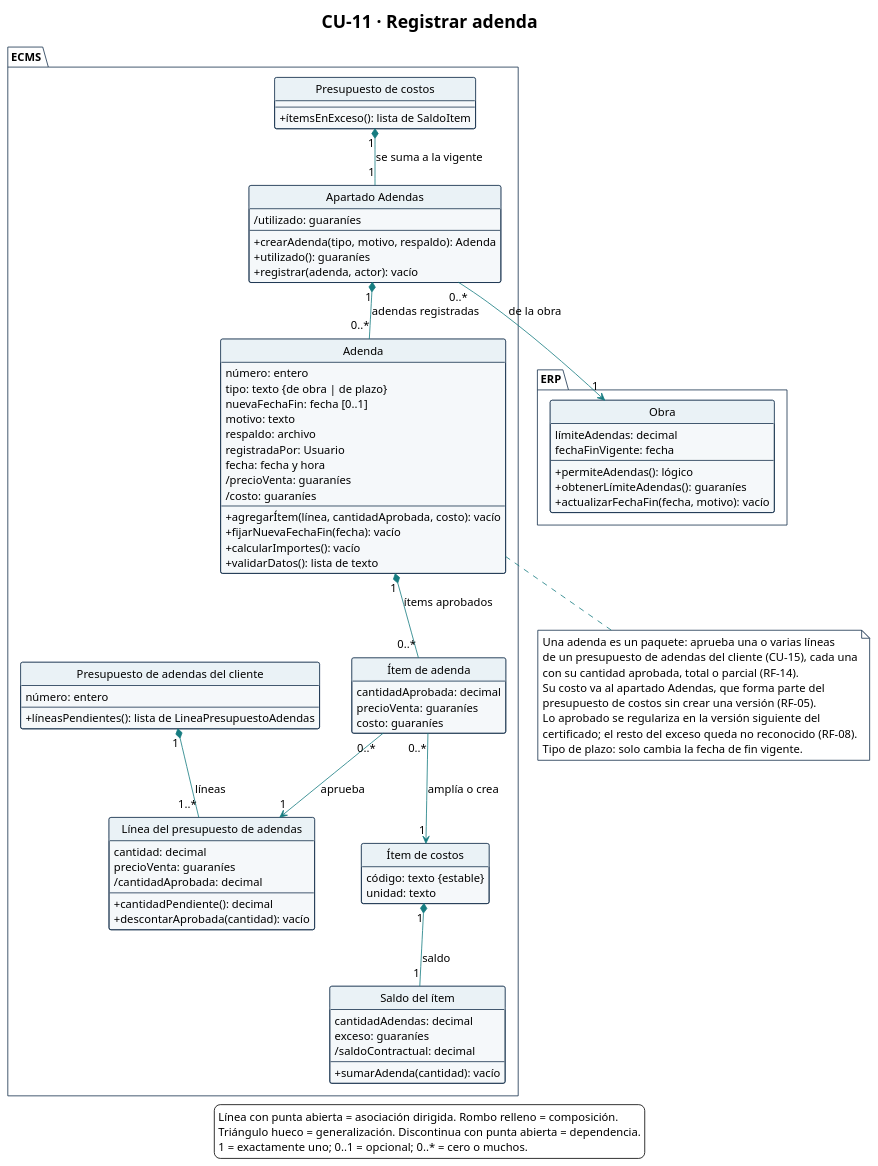
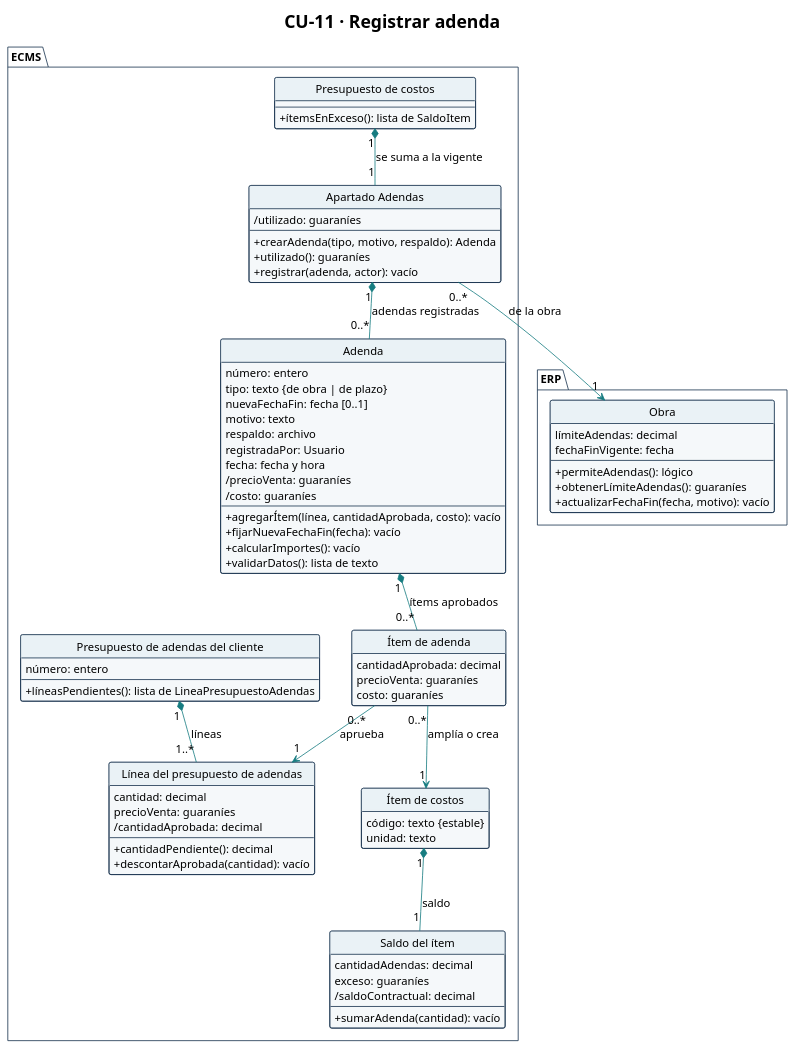
The diagram in diagramas/CU-11-clases.puml (Ssrrb/tpf-uca), drawn with PlantUML before and after one commit. The commit also changed 22 other files, not shown here.

```diff
--- a/diagramas/CU-11-clases.puml
+++ b/diagramas/CU-11-clases.puml
@@ -1,130 +1,114 @@
 @startuml
 !theme plain
 skinparam style strictuml
 title CU-11 · Registrar adenda
 hide circle
 hide empty methods
 hide empty fields
 skinparam shadowing false
 skinparam classAttributeIconSize 0
 skinparam defaultFontName Arial
 skinparam defaultFontSize 14
 skinparam nodesep 40
 skinparam ranksep 50
 skinparam ArrowColor #167C80
 skinparam class {
   BackgroundColor #F5F8FA
   BorderColor #17324D
   HeaderBackgroundColor #EAF2F6
 }
 skinparam package {
   BackgroundColor #FFFFFF
   BorderColor #17324D
 }
 skinparam note {
   BackgroundColor #FFFFFF
   BorderColor #17324D
 }
 package "ECMS" {
   class "Presupuesto de costos" as PresupuestoCostos {
     --
     + ítemsEnExceso(): lista de SaldoItem
   }
 
   class "Apartado Adendas" as ApartadoAdendas {
     /utilizado: guaraníes
     --
     + crearAdenda(tipo, motivo, respaldo): Adenda
     + utilizado(): guaraníes
     + registrar(adenda, actor): vacío
   }
 
   class Adenda {
     número: entero
     tipo: texto {de obra | de plazo}
     nuevaFechaFin: fecha [0..1]
     motivo: texto
     respaldo: archivo
     registradaPor: Usuario
     fecha: fecha y hora
     /precioVenta: guaraníes
     /costo: guaraníes
     --
     + agregarÍtem(línea, cantidadAprobada, costo): vacío
     + fijarNuevaFechaFin(fecha): vacío
     + calcularImportes(): vacío
     + validarDatos(): lista de texto
   }
 
   class "Ítem de adenda" as ItemAdenda {
     cantidadAprobada: decimal
     precioVenta: guaraníes
     costo: guaraníes
   }
 
   class "Presupuesto de adendas del cliente" as PresupuestoAdendas {
     número: entero
     --
     + líneasPendientes(): lista de LineaPresupuestoAdendas
   }
 
   class "Línea del presupuesto de adendas" as LineaPresupuestoAdendas {
     cantidad: decimal
     precioVenta: guaraníes
     /cantidadAprobada: decimal
     --
     + cantidadPendiente(): decimal
     + descontarAprobada(cantidad): vacío
   }
 
   class "Ítem de costos" as ItemCostos {
     código: texto {estable}
     unidad: texto
   }
 
   class "Saldo del ítem" as SaldoItem {
     cantidadAdendas: decimal
     exceso: guaraníes
     /saldoContractual: decimal
     --
     + sumarAdenda(cantidad): vacío
   }
 }
 
 package "ERP" {
   class Obra {
     límiteAdendas: decimal
     fechaFinVigente: fecha
     --
     + permiteAdendas(): lógico
     + obtenerLímiteAdendas(): guaraníes
     + actualizarFechaFin(fecha, motivo): vacío
   }
 }
 
 PresupuestoCostos "1" *-- "1" ApartadoAdendas : se suma a la vigente
 ApartadoAdendas "1" *-- "0..*" Adenda : adendas registradas
 Adenda "1" *-- "0..*" ItemAdenda : ítems aprobados
 ItemAdenda "0..*" --> "1" LineaPresupuestoAdendas : aprueba
 ItemAdenda "0..*" --> "1" ItemCostos : amplía o crea
 PresupuestoAdendas "1" *-- "1..*" LineaPresupuestoAdendas : líneas
 ItemCostos "1" *-- "1" SaldoItem : saldo
 ApartadoAdendas "0..*" --> "1" Obra : de la obra
 
-note bottom of Adenda
-  Una adenda es un paquete: aprueba una o varias líneas
-  de un presupuesto de adendas del cliente (CU-15), cada una
-  con su cantidad aprobada, total o parcial (RF-14).
-  Su costo va al apartado Adendas, que forma parte del
-  presupuesto de costos sin crear una versión (RF-05).
-  Lo aprobado se regulariza en la versión siguiente del
-  certificado; el resto del exceso queda no reconocido (RF-08).
-  Tipo de plazo: solo cambia la fecha de fin vigente.
-end note
-
-legend bottom
-  Línea con punta abierta = asociación dirigida. Rombo relleno = composición.
-  Triángulo hueco = generalización. Discontinua con punta abierta = dependencia.
-  1 = exactamente uno; 0..1 = opcional; 0..* = cero o muchos.
-endlegend
 @enduml
```
